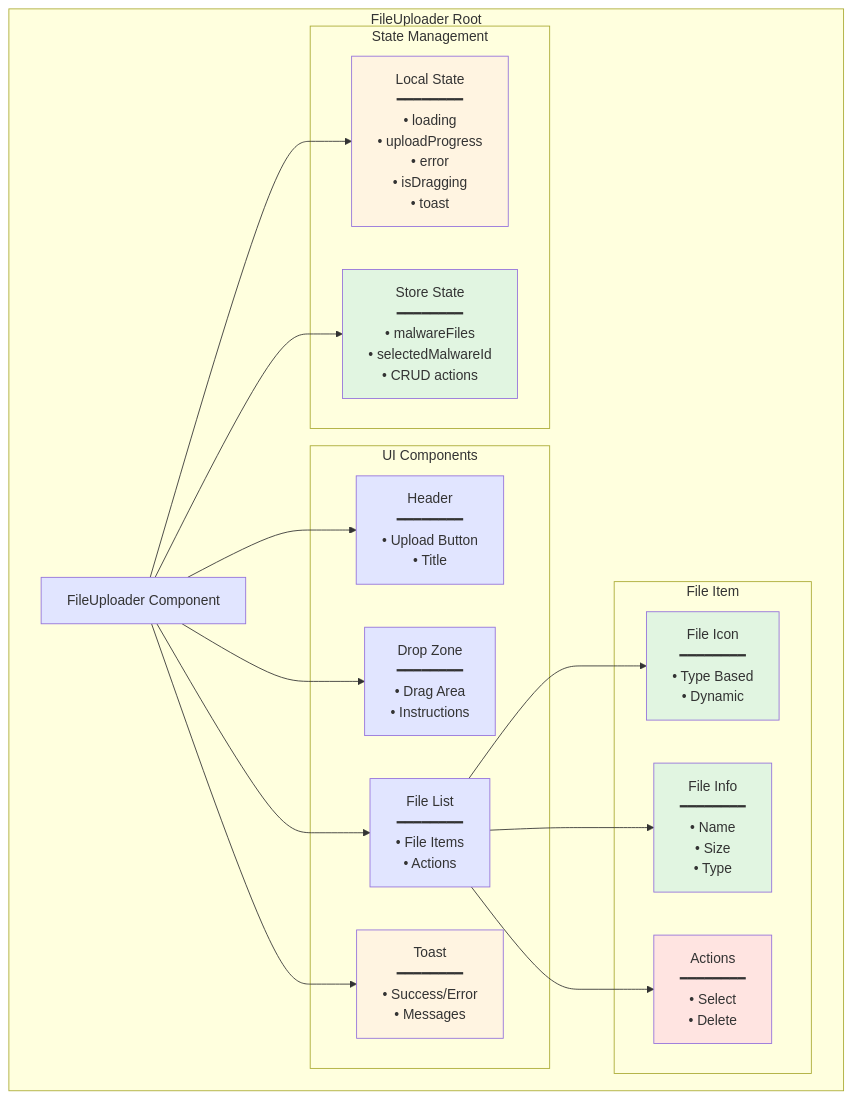
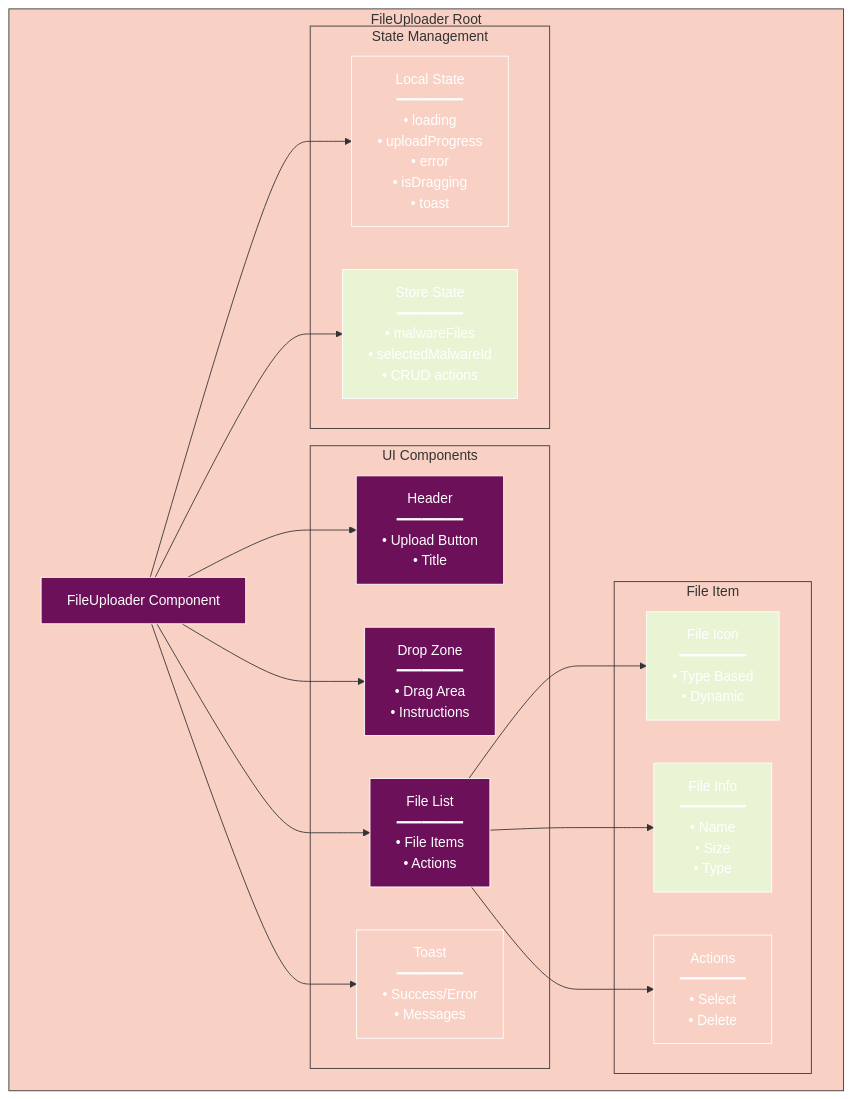
The tenth of 13 diagrams in docs/components/FILE_UPLOADER.md (radicalkjax/Athena), drawn with Mermaid before and after one commit. The commit also changed other lines of this file and 27 other files, not shown here.

Commit message:
Introduction of expo package manager. Updated docs to reflect changes. Unified mermaid theme for docs.

````diff
--- a/docs/components/FILE_UPLOADER.md
+++ b/docs/components/FILE_UPLOADER.md
@@ -435,45 +624,66 @@
 ```mermaid
+%%{init: {
+  'theme': 'base',
+  'themeVariables': {
+    'primaryColor': '#6d105a',
+    'primaryTextColor': '#ffffff',
+    'primaryBorderColor': '#ffffff',
+    'lineColor': '#333333',
+    'secondaryColor': '#e8f4d4',
+    'secondaryTextColor': '#333333',
+    'secondaryBorderColor': '#333333',
+    'tertiaryColor': '#f9d0c4',
+    'tertiaryTextColor': '#333333',
+    'tertiaryBorderColor': '#333333',
+    'background': '#ffffff',
+    'mainBkg': '#6d105a',
+    'secondBkg': '#e8f4d4',
+    'tertiaryBkg': '#f9d0c4',
+    'textColor': '#333333',
+    'fontFamily': 'Arial, sans-serif'
+  }
+}}%%
 graph TD
     subgraph "FileUploader Root"
         A[FileUploader Component]
         
         subgraph "State Management"
             B[Local State<br/>━━━━━━━━<br/>• loading<br/>• uploadProgress<br/>• error<br/>• isDragging<br/>• toast]
             C[Store State<br/>━━━━━━━━<br/>• malwareFiles<br/>• selectedMalwareId<br/>• CRUD actions]
         end
         
         subgraph "UI Components"
             D[Header<br/>━━━━━━━━<br/>• Upload Button<br/>• Title]
             E[Drop Zone<br/>━━━━━━━━<br/>• Drag Area<br/>• Instructions]
             F[File List<br/>━━━━━━━━<br/>• File Items<br/>• Actions]
             G[Toast<br/>━━━━━━━━<br/>• Success/Error<br/>• Messages]
         end
         
         subgraph "File Item"
             H[File Icon<br/>━━━━━━━━<br/>• Type Based<br/>• Dynamic]
             I[File Info<br/>━━━━━━━━<br/>• Name<br/>• Size<br/>• Type]
             J[Actions<br/>━━━━━━━━<br/>• Select<br/>• Delete]
         end
     end
     
     A --> B
     A --> C
     A --> D
     A --> E
     A --> F
     A --> G
     F --> H
     F --> I
     F --> J
     
-    style A fill:#e1e5ff
-    style B fill:#fff4e1
-    style C fill:#e1f5e1
-    style D fill:#e1e5ff
-    style E fill:#e1e5ff
-    style F fill:#e1e5ff
-    style G fill:#fff4e1
-    style H fill:#e1f5e1
-    style I fill:#e1f5e1
-    style J fill:#ffe4e1
+    style A fill:#6d105a
+    style B fill:#f9d0c4
+    style C fill:#e8f4d4
+    style D fill:#6d105a
+    style E fill:#6d105a
+    style F fill:#6d105a
+    style G fill:#f9d0c4
+    style H fill:#e8f4d4
+    style I fill:#e8f4d4
+    style J fill:#f9d0c4
 ```
````
